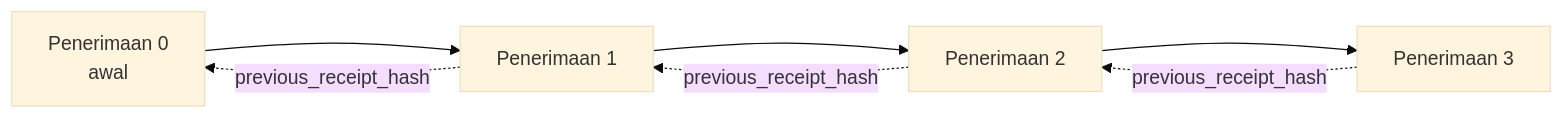
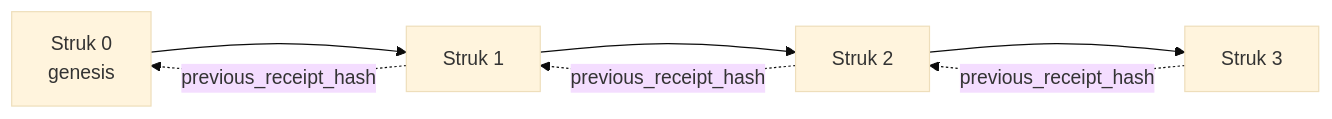
The second of 2 diagrams in mirrors/repos/microsoft@ai-agents-for-beginners/translations/id/18-securing-ai-agents/README.md (gabrielmoreira/agent-skills-mirror), drawn with Mermaid (base theme) before and after one commit. The commit also changed other lines of this file and 2285 other files, not shown here.

````diff
--- a/mirrors/repos/microsoft@ai-agents-for-beginners/translations/id/18-securing-ai-agents/README.md
+++ b/mirrors/repos/microsoft@ai-agents-for-beginners/translations/id/18-securing-ai-agents/README.md
@@ -206,9 +206,9 @@
 ```mermaid
 flowchart LR
-    R0[Penerimaan 0<br/>awal] --> R1[Penerimaan 1]
-    R1 --> R2[Penerimaan 2]
-    R2 --> R3[Penerimaan 3]
+    R0[Struk 0<br/>genesis] --> R1[Struk 1]
+    R1 --> R2[Struk 2]
+    R2 --> R3[Struk 3]
     R1 -. previous_receipt_hash .-> R0
     R2 -. previous_receipt_hash .-> R1
     R3 -. previous_receipt_hash .-> R2
 ```
````
